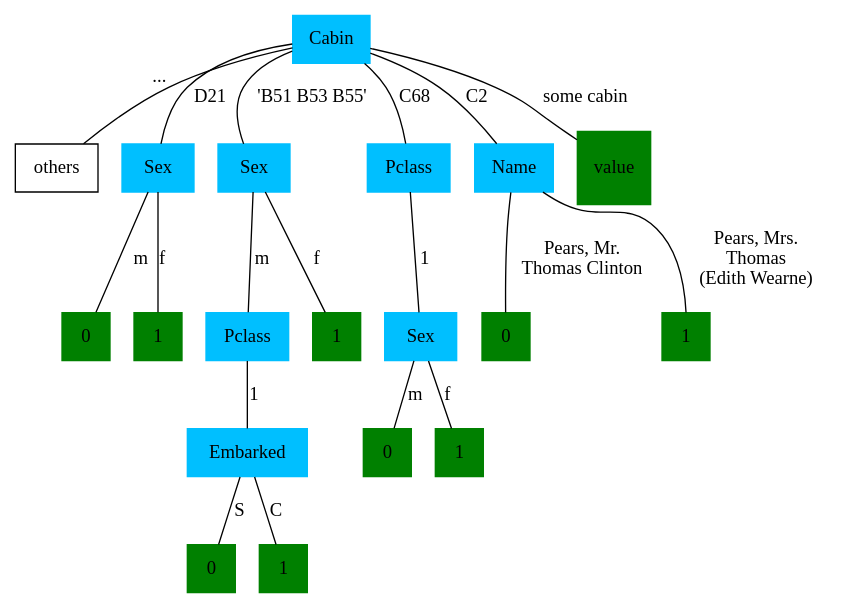
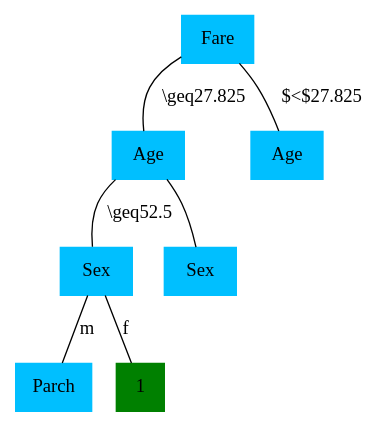
Before and after one commit to upforde/NTNU: the diagram in AIMet/Assignment 4/graph4.dot, drawn with Graphviz. The commit also changed 4 other files, not shown here.

```diff
--- a/AIMet/Assignment 4/graph4.dot
+++ b/AIMet/Assignment 4/graph4.dot
@@ -1,39 +1,31 @@
 graph myGraph{
-    others[shape = rect]
     node [shape = rect, style = filled, color = deepskyblue]
-    Cabin;
+    node [label = Cabin];
+    node [label = Fare];
+    Fare;
+    node [label = Parch];
+    parch1;
+    node [label = SibSp];
+    node [label = Pclass];
+    node [label = Age];
+    age1;age2;
     node [label = Embarked];
-    psee;
     node [label = Sex];
-    Sex;spc;se;
-    node [label = Pclass];
-    Pclass;pse;
-    node [label = Name];
-    name;
+    sex1;sex2
+
+
     node [shape = square, style = filled, color = green]
-    value[label = value];
     node [label = 0];
-    0;s0;s;n1;
     node [label = 1];
-    1;s1;c;f;n2;
+    f1;
+
+    Fare -- age1[label = "\\geq27.825"];
+    age1 -- sex1[label = "\\geq52.5"];
+    sex1 -- f1[label = f];
+    sex1 -- parch1[label = m];
+
+    age1 -- sex2;
+
+    Fare -- age2[label = "$<$27.825"];
     
-    Cabin -- value[label = "some cabin"];
-    Cabin -- Sex[label = "D21 "];
-    Sex -- 1[label = f];
-    Sex -- 0[label = m];
-    Cabin -- Pclass[label = C68];
-    Pclass -- spc[label = "1"];
-    spc -- s0[label = m];
-    spc -- s1[label = f];
-    Cabin -- se[label = "'B51 B53 B55'"];
-    se -- pse[label = m];
-    pse -- psee[label = 1];
-    psee -- s[label = S];
-    psee -- c[label = C];
-    se -- f[label = f];
-    Cabin -- others[xlabel = "..."]
-    Cabin -- name[label = C2];
-    name -- n1[label = "Pears, Mr.\nThomas Clinton"];
-    name -- n2[label = "Pears, Mrs.\n Thomas \n(Edith Wearne)"];
-
 }
```
